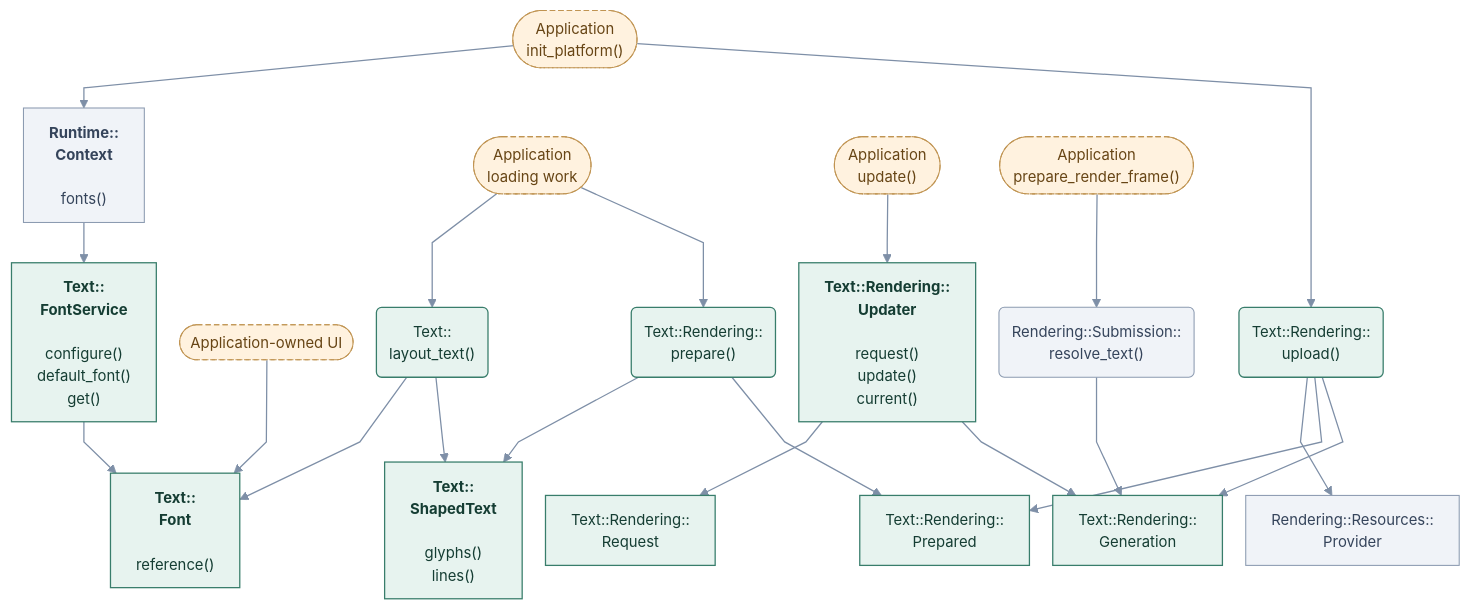
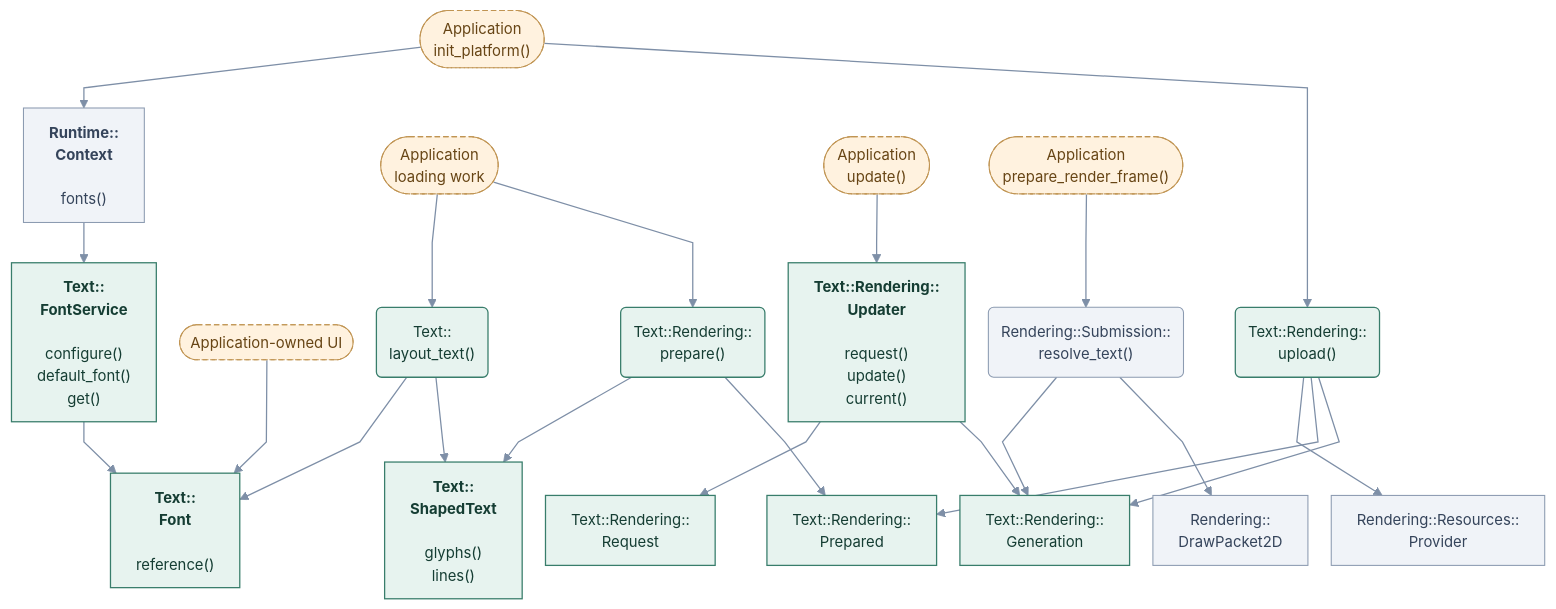
The diagram in docs/site/engine-systems/diagrams/text-application.mmd (cppcooper/cheryl-engine), drawn with Mermaid before and after one commit. The commit also changed 15 other files, not shown here.

```diff
--- a/docs/site/engine-systems/diagrams/text-application.mmd
+++ b/docs/site/engine-systems/diagrams/text-application.mmd
@@ -1,58 +1,60 @@
 ---
 config:
   theme: base
   themeVariables:
     fontFamily: system-ui, sans-serif
     fontSize: 14px
   flowchart:
     htmlLabels: true
     curve: linear
     nodeSpacing: 22
     rankSpacing: 38
     padding: 12
 ---
 flowchart TB
     accTitle: Text · application font and label choices
     accDescr: Arrows point toward the API or type used, not call order or data flow. Methods beneath type names are selected application entry points; Implement hooks marks engine-invoked overrides. Dashed arrows mark optional choices.
     k0(["Application<br/>init_platform()"]):::app
     k1["<b>Runtime::<br/>Context</b><br/><br/>fonts()"]:::neighbor
     k2["<b>Text::<br/>FontService</b><br/><br/>configure()<br/>default_font()<br/>get()"]:::focal
     k3(["Application-owned UI"]):::app
     k4["<b>Text::<br/>Font</b><br/><br/>reference()"]:::focal
     k5(["Application<br/>loading work"]):::app
     k6("Text::<br/>layout_text()"):::focal
     k7["<b>Text::<br/>ShapedText</b><br/><br/>glyphs()<br/>lines()"]:::focal
     k8("Text::Rendering::<br/>prepare()"):::focal
     k9["Text::Rendering::<br/>Prepared"]:::focal
     k10("Text::Rendering::<br/>upload()"):::focal
     k11["Rendering::Resources::<br/>Provider"]:::neighbor
     k12["Text::Rendering::<br/>Generation"]:::focal
     k13(["Application<br/>update()"]):::app
     k14["<b>Text::Rendering::<br/>Updater</b><br/><br/>request()<br/>update()<br/>current()"]:::focal
     k15["Text::Rendering::<br/>Request"]:::focal
     k16(["Application<br/>prepare_render_frame()"]):::app
     k17("Rendering::Submission::<br/>resolve_text()"):::neighbor
+    k18["Rendering::<br/>DrawPacket2D"]:::neighbor
     k0 --> k1
     k1 --> k2
     k3 --> k4
     k2 --> k4
     k5 --> k6
     k6 --> k4
     k6 --> k7
     k5 --> k8
     k8 --> k7
     k8 --> k9
     k0 --> k10
     k10 --> k11
     k10 --> k9
     k10 --> k12
     k13 --> k14
     k14 --> k15
     k14 --> k12
     k16 --> k17
     k17 --> k12
+    k17 --> k18
     classDef focal fill:#e7f3ef,stroke:#387d6b,color:#153d33,stroke-width:1.2px
     classDef neighbor fill:#f0f3f8,stroke:#8c9bb1,color:#35445b,stroke-width:1px
     classDef app fill:#fff2df,stroke:#c09452,color:#674515,stroke-dasharray:5 3
     classDef system fill:#eaf0fc,stroke:#617fab,color:#263f69,stroke-width:1.2px
     linkStyle default stroke:#7e8fa7,stroke-width:1.2px
```
